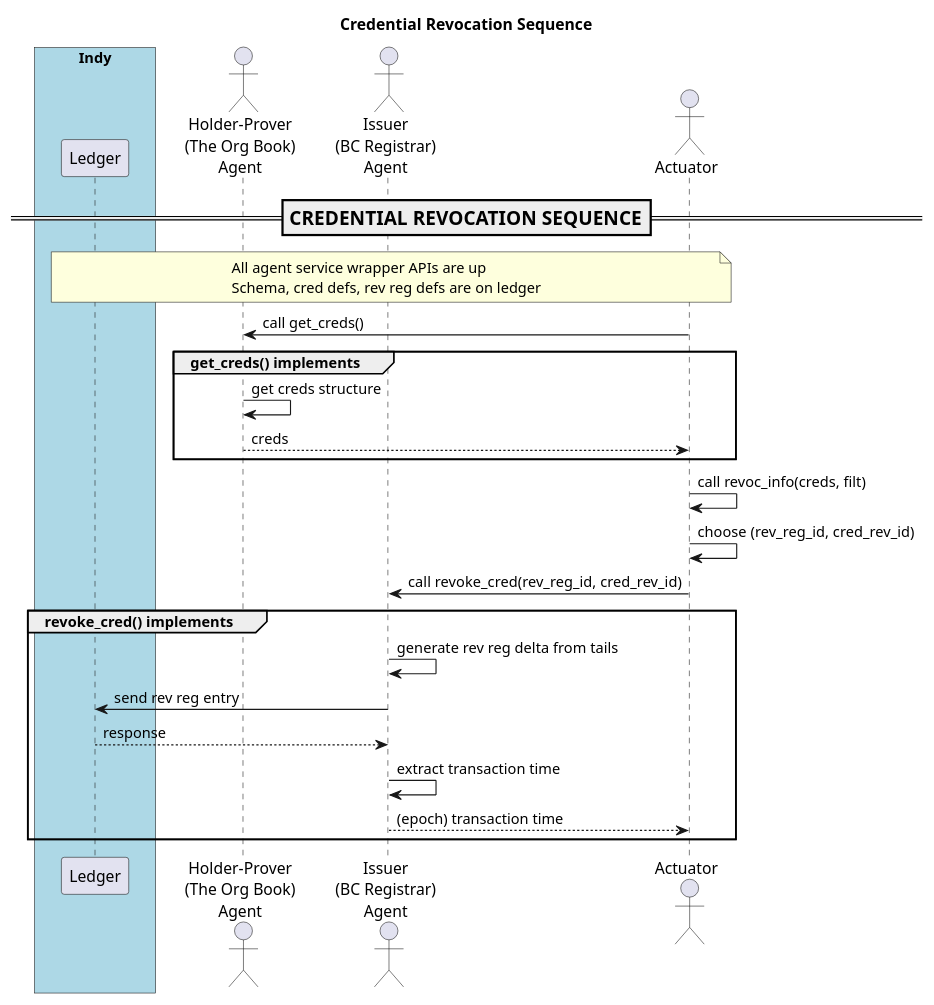
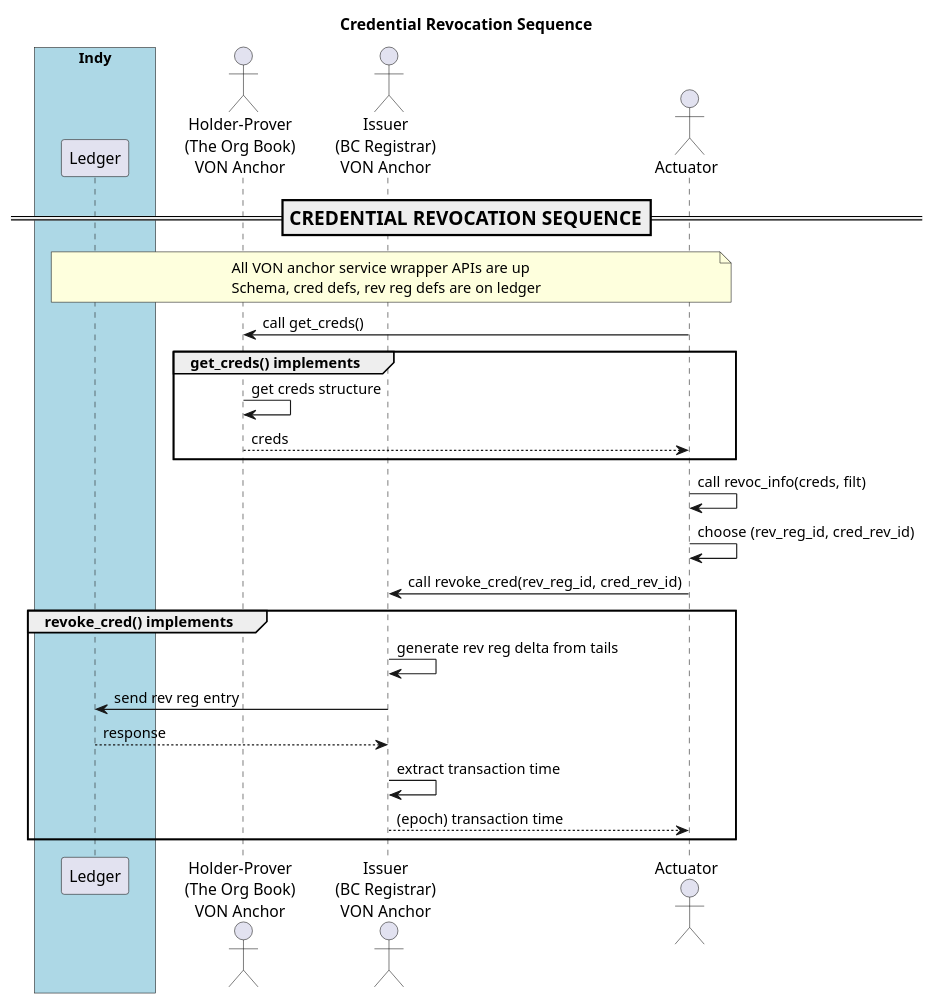
One commit to PSPC-SPAC-buyandsell/von_base changed the diagram in doc/pic/src/cred-revoc.puml. Above: the diagram before and after it, drawn with PlantUML. The commit also changed 35 other files, not shown here.

Commit message:
great renaming: von_agent becomes von_anchor

```diff
--- a/doc/pic/src/cred-revoc.puml
+++ b/doc/pic/src/cred-revoc.puml
@@ -1,55 +1,55 @@
 @startuml
 /'
 Copyright 2017-2018 Government of Canada - Public Services and Procurement Canada - buyandsell.gc.ca
 
 Licensed under the Apache License, Version 2.0 (the "License");
 you may not use this file except in compliance with the License.
 You may obtain a copy of the License at
 
 http://www.apache.org/licenses/LICENSE-2.0
 
 Unless required by applicable law or agreed to in writing, software
 distributed under the License is distributed on an "AS IS" BASIS,
 WITHOUT WARRANTIES OR CONDITIONS OF ANY KIND, either express or implied.
 See the License for the specific language governing permissions and
 limitations under the License.
 '/
 
 skinparam ParticipantPadding 20
 skinparam BoxPadding 20
 
 title Credential Revocation Sequence
 
 box "Indy" #LightBlue
     participant "Ledger" as ledger
 endbox
 
-actor "Holder-Prover\n(The Org Book)\nAgent" as obag
-actor "Issuer\n(BC Registrar)\nAgent" as bcrag
+actor "Holder-Prover\n(The Org Book)\nVON Anchor" as oban
+actor "Issuer\n(BC Registrar)\nVON Anchor" as bcran
 actor "Actuator" as ator
 
 === CREDENTIAL REVOCATION SEQUENCE ==
 
 note over ledger, ator
-All agent service wrapper APIs are up
-Schema, cred defs, rev reg defs are on ledger
+    All VON anchor service wrapper APIs are up
+    Schema, cred defs, rev reg defs are on ledger
 endnote
 
-ator -> obag: call get_creds()
+ator -> oban: call get_creds()
 group get_creds() implements
-    obag -> obag: get creds structure
-    obag --> ator: creds
+    oban -> oban: get creds structure
+    oban --> ator: creds
 end
 ator -> ator: call revoc_info(creds, filt)
 ator -> ator: choose (rev_reg_id, cred_rev_id)
 
-ator -> bcrag: call revoke_cred(rev_reg_id, cred_rev_id)
+ator -> bcran: call revoke_cred(rev_reg_id, cred_rev_id)
 group revoke_cred() implements
-    bcrag -> bcrag: generate rev reg delta from tails
-    bcrag -> ledger: send rev reg entry
-    ledger --> bcrag: response
-    bcrag -> bcrag: extract transaction time
-    bcrag --> ator: (epoch) transaction time
+    bcran -> bcran: generate rev reg delta from tails
+    bcran -> ledger: send rev reg entry
+    ledger --> bcran: response
+    bcran -> bcran: extract transaction time
+    bcran --> ator: (epoch) transaction time
 end
 
 @enduml
```
